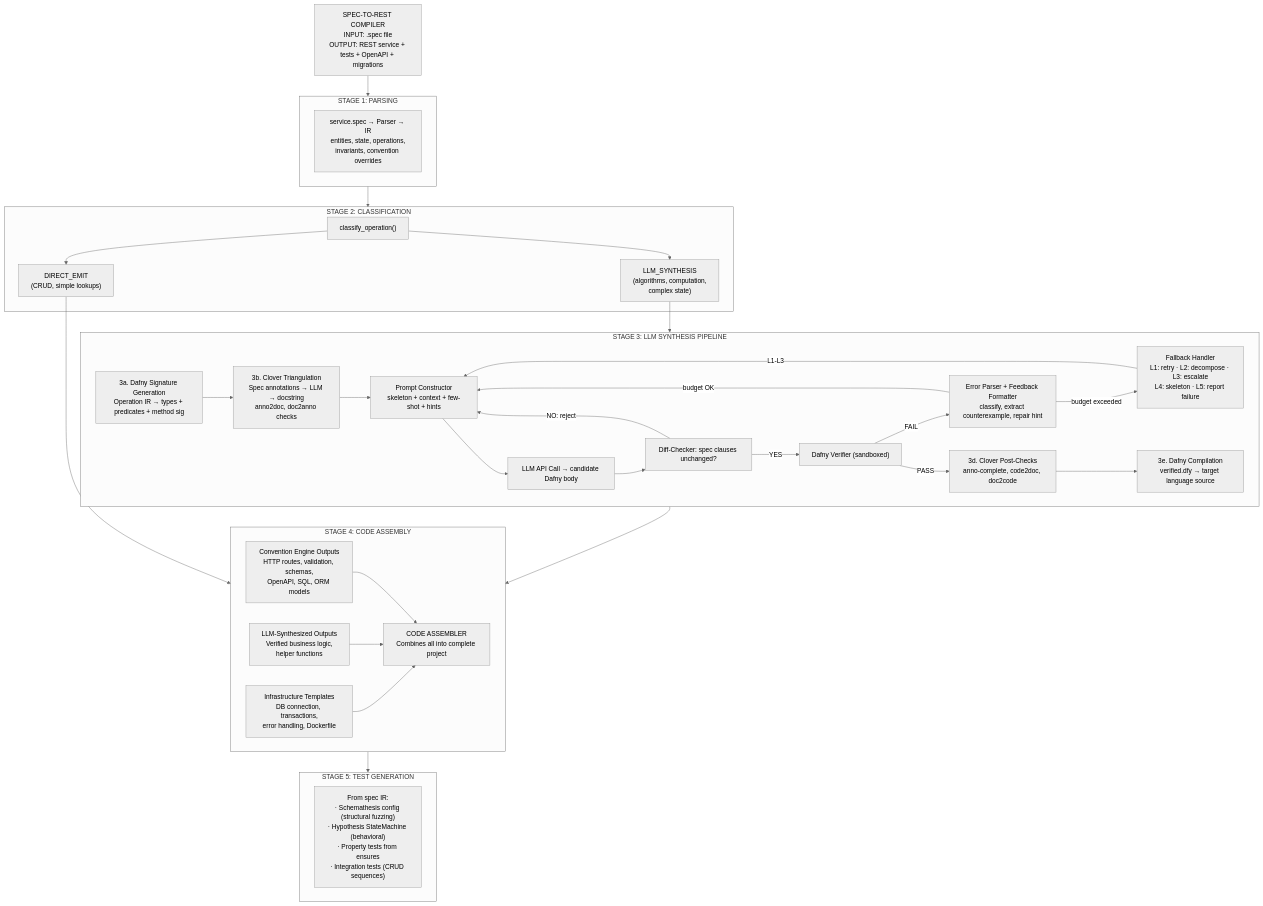
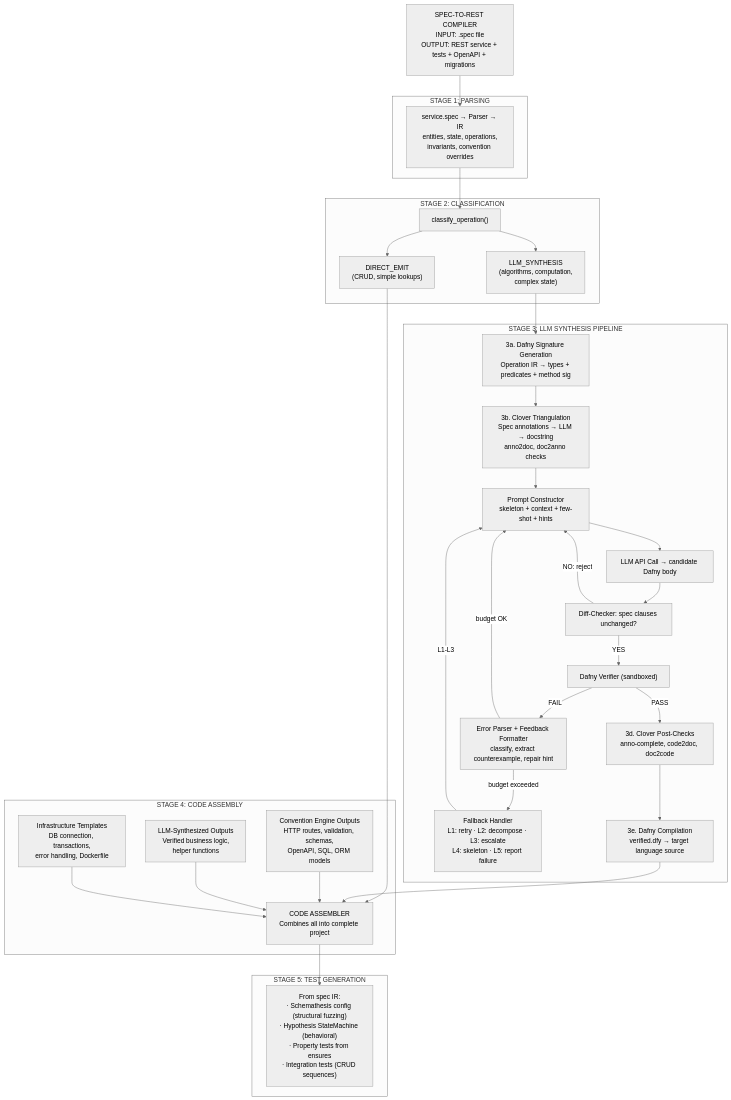
One commit to HardMax71/spec_to_rest changed the seventh of 7 diagrams in docs/content/docs/research/03_llm_verifier_synthesis.md. Above: the diagram before and after it, drawn with Mermaid (neutral theme). The commit also changed other lines of this file and 2 other files, not shown here.

Commit message:
Address PR review feedback on Mermaid diagrams
- Fix C# as unquoted Mermaid node ID (use CSharp["C#"])
- Fix Core used as both node and subgraph in verification diagram
- Fix S1-S5 used as both node refs and subgraph IDs in pipeline
- Add missing placed → cancelled transition in order state machine

````diff
--- a/docs/content/docs/research/03_llm_verifier_synthesis.md
+++ b/docs/content/docs/research/03_llm_verifier_synthesis.md
@@ -2087,62 +2087,62 @@
 ```mermaid
 flowchart TD
   Input["SPEC-TO-REST COMPILER\nINPUT: .spec file\nOUTPUT: REST service + tests + OpenAPI + migrations"]
 
-  Input --> S1
+  Input --> Parse
 
-  subgraph S1["STAGE 1: PARSING"]
+  subgraph Stage1["STAGE 1: PARSING"]
     Parse["service.spec → Parser → IR\nentities, state, operations,\ninvariants, convention overrides"]
   end
 
-  S1 --> S2
+  Parse --> Classify
 
-  subgraph S2["STAGE 2: CLASSIFICATION"]
+  subgraph Stage2["STAGE 2: CLASSIFICATION"]
     Classify["classify_operation()"]
     Classify --> Direct["DIRECT_EMIT\n(CRUD, simple lookups)"]
     Classify --> NeedLLM["LLM_SYNTHESIS\n(algorithms, computation,\ncomplex state)"]
   end
 
-  Direct --> S4
-  NeedLLM --> S3
+  Direct --> Assembler
+  NeedLLM --> S3a
 
-  subgraph S3["STAGE 3: LLM SYNTHESIS PIPELINE"]
+  subgraph Stage3["STAGE 3: LLM SYNTHESIS PIPELINE"]
     S3a["3a. Dafny Signature Generation\nOperation IR → types + predicates + method sig"]
     S3b["3b. Clover Triangulation\nSpec annotations → LLM → docstring\nanno2doc, doc2anno checks"]
     S3c_prompt["Prompt Constructor\nskeleton + context + few-shot + hints"]
     S3c_llm["LLM API Call → candidate Dafny body"]
     S3c_diff["Diff-Checker: spec clauses unchanged?"]
     S3c_verify["Dafny Verifier (sandboxed)"]
     S3c_error["Error Parser + Feedback Formatter\nclassify, extract counterexample, repair hint"]
     S3c_fallback["Fallback Handler\nL1: retry · L2: decompose · L3: escalate\nL4: skeleton · L5: report failure"]
     S3d["3d. Clover Post-Checks\nanno-complete, code2doc, doc2code"]
     S3e["3e. Dafny Compilation\nverified.dfy → target language source"]
 
     S3a --> S3b --> S3c_prompt --> S3c_llm --> S3c_diff
     S3c_diff -->|"YES"| S3c_verify
     S3c_diff -->|"NO: reject"| S3c_prompt
     S3c_verify -->|"PASS"| S3d
     S3c_verify -->|"FAIL"| S3c_error
     S3c_error -->|"budget OK"| S3c_prompt
     S3c_error -->|"budget exceeded"| S3c_fallback
     S3c_fallback -->|"L1-L3"| S3c_prompt
     S3d --> S3e
   end
 
-  S3 --> S4
+  S3e --> Assembler
 
-  subgraph S4["STAGE 4: CODE ASSEMBLY"]
+  subgraph Stage4["STAGE 4: CODE ASSEMBLY"]
     Conv["Convention Engine Outputs\nHTTP routes, validation, schemas,\nOpenAPI, SQL, ORM models"]
     LLMOut["LLM-Synthesized Outputs\nVerified business logic,\nhelper functions"]
     Infra["Infrastructure Templates\nDB connection, transactions,\nerror handling, Dockerfile"]
     Assembler["CODE ASSEMBLER\nCombines all into complete project"]
     Conv --> Assembler
     LLMOut --> Assembler
     Infra --> Assembler
   end
 
-  S4 --> S5
+  Assembler --> Tests
 
-  subgraph S5["STAGE 5: TEST GENERATION"]
+  subgraph Stage5["STAGE 5: TEST GENERATION"]
     Tests["From spec IR:\n· Schemathesis config (structural fuzzing)\n· Hypothesis StateMachine (behavioral)\n· Property tests from ensures\n· Integration tests (CRUD sequences)"]
   end
 ```
````
